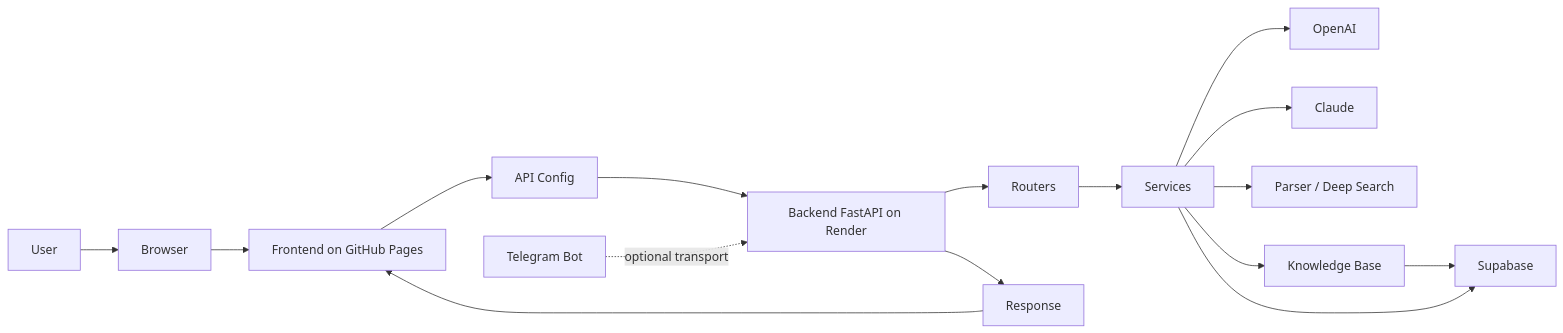
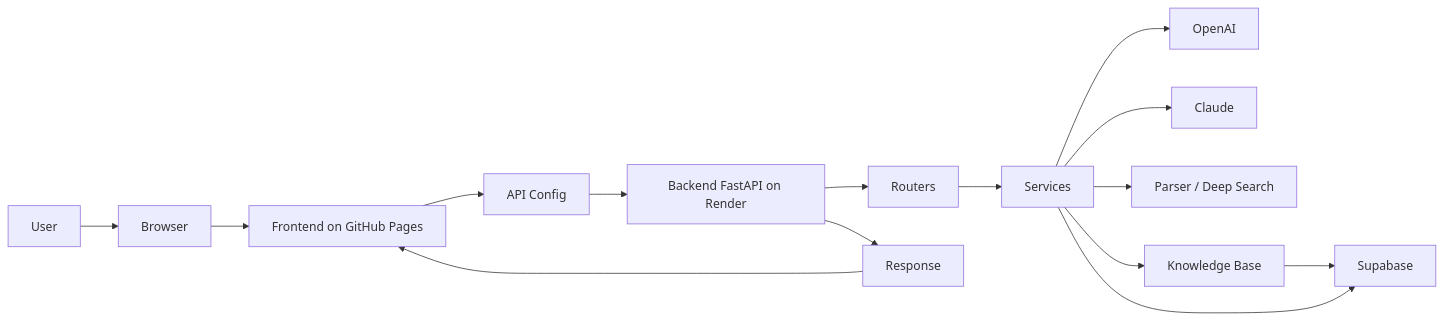
The diagram in PROJECT_OVERVIEW.md (savhilvi-code/puls-backend), drawn with Mermaid before and after one commit. The commit also changed other lines of this file and 18 other files, not shown here.

````diff
--- a/PROJECT_OVERVIEW.md
+++ b/PROJECT_OVERVIEW.md
@@ -33,18 +32,17 @@
 ```mermaid
 flowchart LR
     User[User] --> Browser[Browser]
     Browser --> Frontend[Frontend on GitHub Pages]
     Frontend --> APIConfig[API Config]
     APIConfig --> Backend[Backend FastAPI on Render]
     Backend --> Routers[Routers]
     Routers --> Services[Services]
     Services --> OpenAI[OpenAI]
     Services --> Claude[Claude]
     Services --> Parser[Parser / Deep Search]
     Services --> KB[Knowledge Base]
     KB --> Supabase[Supabase]
     Services --> Supabase
     Backend --> Response[Response]
     Response --> Frontend
-    Telegram[Telegram Bot] -. optional transport .-> Backend
 ```
````
